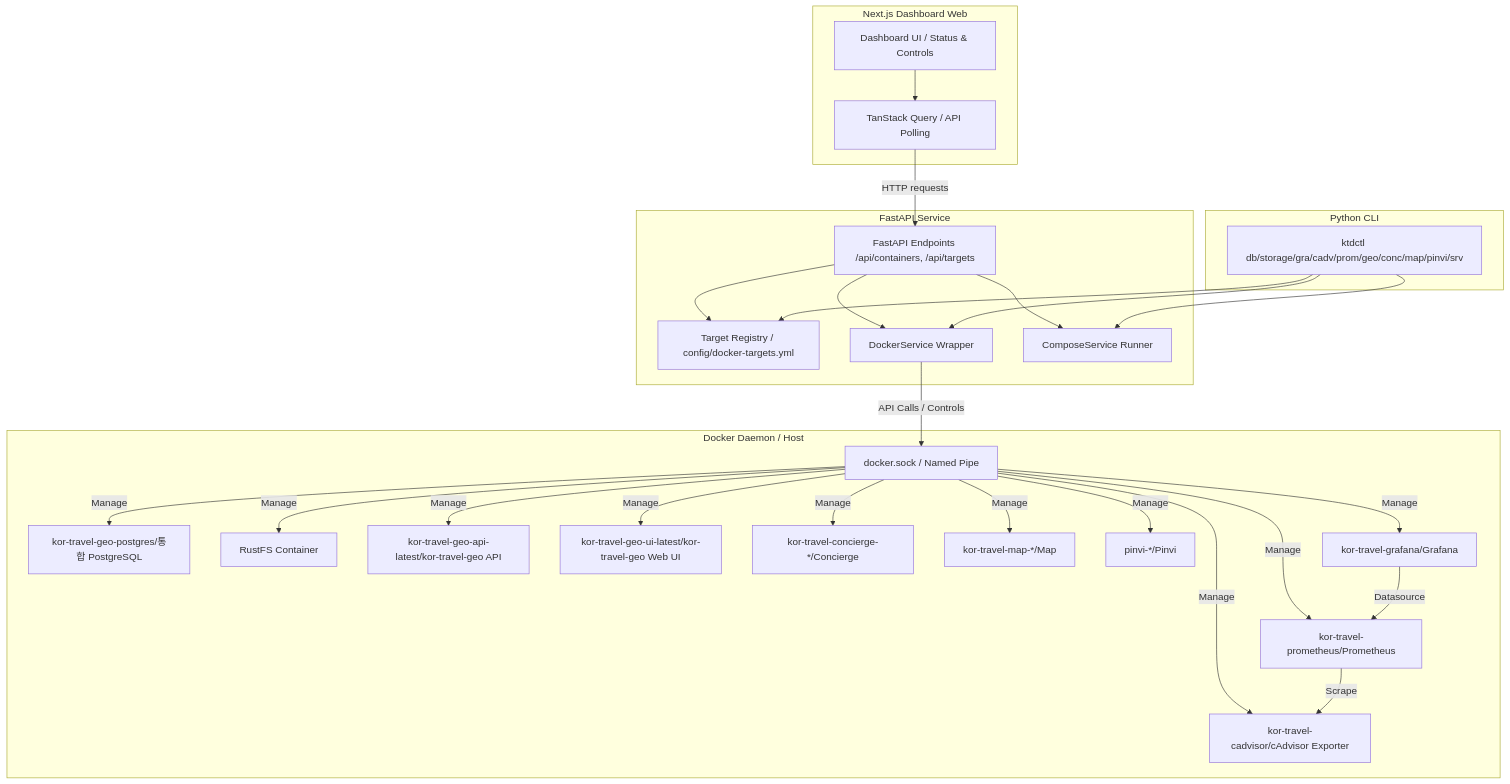
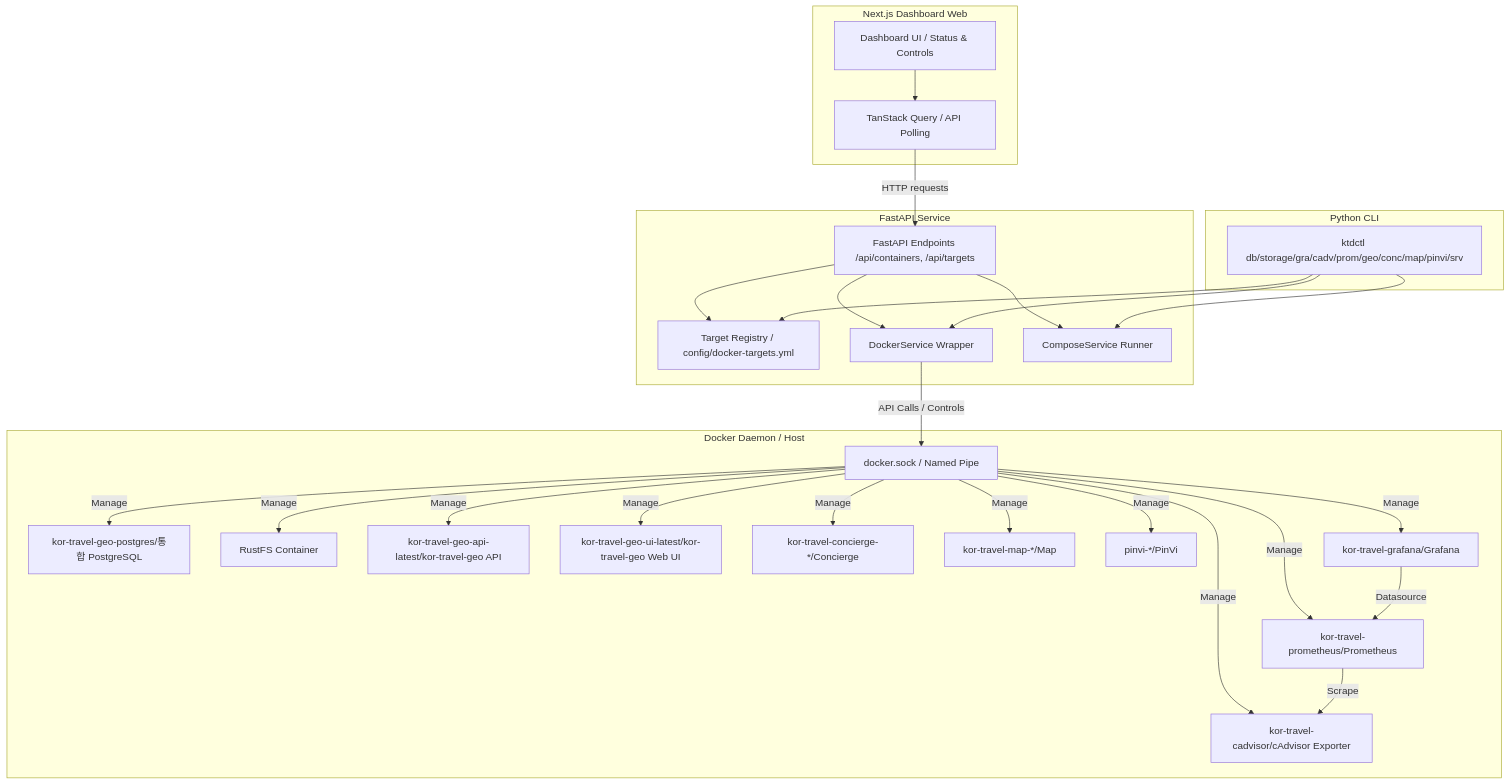
One commit to digitie/kor-travel-docker-manager changed the diagram in docs/architecture.md. Above: the diagram before and after it, drawn with Mermaid. The commit also changed other lines of this file and 13 other files, not shown here.

First line of the commit message:
docs/config: 브랜드 표기 Pinvi -> PinVi 교정

````diff
--- a/docs/architecture.md
+++ b/docs/architecture.md
@@ -11,55 +11,55 @@
 ```mermaid
 graph TD
     subgraph Frontend [Next.js Dashboard Web]
         UI[Dashboard UI / Status & Controls]
         TQ[TanStack Query / API Polling]
         UI --> TQ
     end
 
     subgraph Backend [FastAPI Service]
         API[FastAPI Endpoints /api/containers, /api/targets]
         REG[Target Registry / config/docker-targets.yml]
         DS[DockerService Wrapper]
         CS[ComposeService Runner]
         API --> REG
         API --> DS
         API --> CS
     end
 
     subgraph CLI [Python CLI]
         CLI_CMD[ktdctl db/storage/gra/cadv/prom/geo/conc/map/pinvi/srv]
         CLI_CMD --> REG
         CLI_CMD --> DS
         CLI_CMD --> CS
     end
 
     subgraph Infrastructure [Docker Daemon / Host]
         D_Sock[docker.sock / Named Pipe]
         C_PG[kor-travel-geo-postgres/통합 PostgreSQL]
         C_RFS[RustFS Container]
         C_GEO_API[kor-travel-geo-api-latest/kor-travel-geo API]
         C_GEO_UI[kor-travel-geo-ui-latest/kor-travel-geo Web UI]
         C_CONC[kor-travel-concierge-*/Concierge]
         C_MAP[kor-travel-map-*/Map]
-        C_PINVI[pinvi-*/Pinvi]
+        C_PINVI[pinvi-*/PinVi]
         C_PROM[kor-travel-prometheus/Prometheus]
         C_GRAF[kor-travel-grafana/Grafana]
         C_EXP[kor-travel-cadvisor/cAdvisor Exporter]
         
         DS -->|API Calls / Controls| D_Sock
         D_Sock -->|Manage| C_PG
         D_Sock -->|Manage| C_RFS
         D_Sock -->|Manage| C_GEO_API
         D_Sock -->|Manage| C_GEO_UI
         D_Sock -->|Manage| C_CONC
         D_Sock -->|Manage| C_MAP
         D_Sock -->|Manage| C_PINVI
         D_Sock -->|Manage| C_PROM
         D_Sock -->|Manage| C_GRAF
         D_Sock -->|Manage| C_EXP
         C_PROM -->|Scrape| C_EXP
         C_GRAF -->|Datasource| C_PROM
     end
     
     TQ -->|HTTP requests| API
 ```
````
